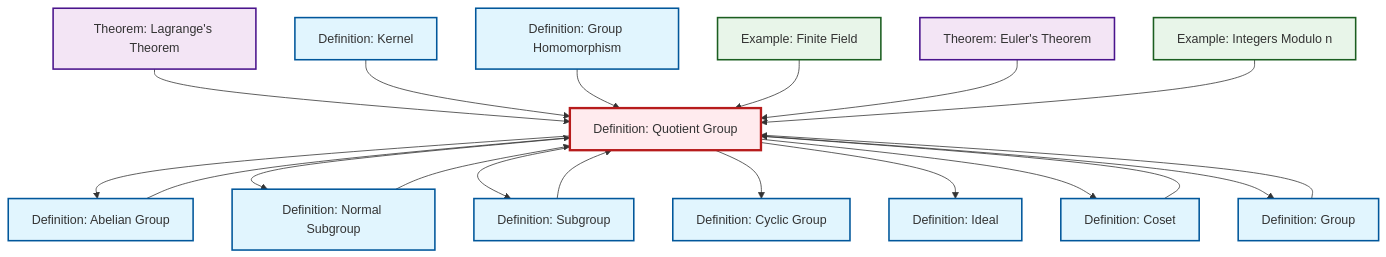
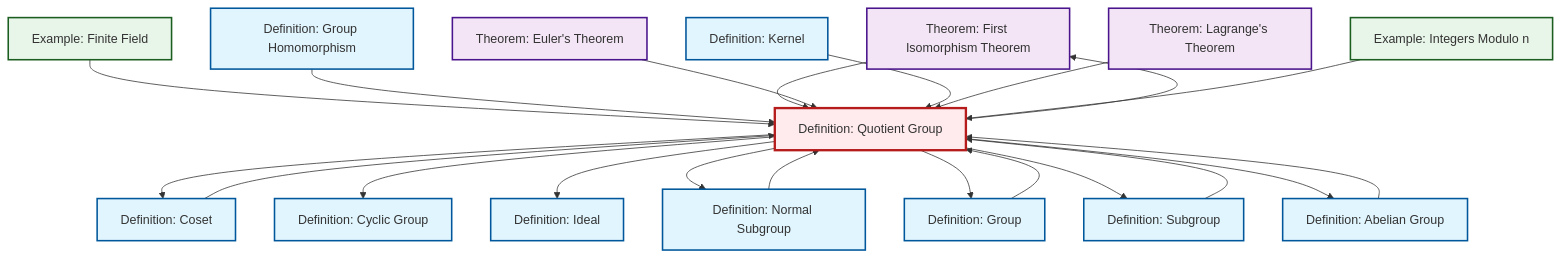
The diagram in content/en/algebra/def-quotient-group.qmd (RK0429/ModernMath), drawn with Mermaid before and after one commit. The commit also changed 615 other files, not shown here.

````diff
--- a/content/en/algebra/def-quotient-group.qmd
+++ b/content/en/algebra/def-quotient-group.qmd
@@ -142,55 +142,59 @@
 ```{mermaid}
 %%| fig-cap: "Local dependency graph"
 graph TD
     classDef definition fill:#e1f5fe,stroke:#01579b,stroke-width:2px
     classDef theorem fill:#f3e5f5,stroke:#4a148c,stroke-width:2px
     classDef axiom fill:#fff3e0,stroke:#e65100,stroke-width:2px
     classDef example fill:#e8f5e9,stroke:#1b5e20,stroke-width:2px
     classDef current fill:#ffebee,stroke:#b71c1c,stroke-width:3px
+    thm-first-isomorphism["Theorem: First Isomorphism Theorem"]:::theorem
+    def-homomorphism["Definition: Group Homomorphism"]:::definition
+    def-kernel["Definition: Kernel"]:::definition
+    def-group["Definition: Group"]:::definition
+    def-subgroup["Definition: Subgroup"]:::definition
+    def-cyclic-group["Definition: Cyclic Group"]:::definition
     def-ideal["Definition: Ideal"]:::definition
     thm-euler["Theorem: Euler's Theorem"]:::theorem
-    def-quotient-group["Definition: Quotient Group"]:::definition
+    thm-lagrange["Theorem: Lagrange's Theorem"]:::theorem
+    def-abelian-group["Definition: Abelian Group"]:::definition
     ex-quotient-integers-mod-n["Example: Integers Modulo n"]:::example
-    def-cyclic-group["Definition: Cyclic Group"]:::definition
-    thm-lagrange["Theorem: Lagrange's Theorem"]:::theorem
-    def-kernel["Definition: Kernel"]:::definition
     def-coset["Definition: Coset"]:::definition
-    def-group["Definition: Group"]:::definition
-    def-homomorphism["Definition: Group Homomorphism"]:::definition
     def-normal-subgroup["Definition: Normal Subgroup"]:::definition
     ex-finite-field["Example: Finite Field"]:::example
-    def-abelian-group["Definition: Abelian Group"]:::definition
-    def-subgroup["Definition: Subgroup"]:::definition
+    def-quotient-group["Definition: Quotient Group"]:::definition
+    ex-finite-field --> def-quotient-group
+    def-group --> def-quotient-group
+    def-homomorphism --> def-quotient-group
+    def-quotient-group --> def-coset
+    def-quotient-group --> def-cyclic-group
+    thm-first-isomorphism --> def-quotient-group
+    def-coset --> def-quotient-group
+    thm-euler --> def-quotient-group
+    def-quotient-group --> def-ideal
+    def-abelian-group --> def-quotient-group
+    def-kernel --> def-quotient-group
+    def-quotient-group --> thm-first-isomorphism
     def-subgroup --> def-quotient-group
+    def-quotient-group --> def-normal-subgroup
     thm-lagrange --> def-quotient-group
-    def-coset --> def-quotient-group
-    def-kernel --> def-quotient-group
-    def-homomorphism --> def-quotient-group
+    ex-quotient-integers-mod-n --> def-quotient-group
+    def-quotient-group --> def-group
+    def-quotient-group --> def-subgroup
+    def-normal-subgroup --> def-quotient-group
     def-quotient-group --> def-abelian-group
-    ex-finite-field --> def-quotient-group
-    def-quotient-group --> def-normal-subgroup
-    def-normal-subgroup --> def-quotient-group
-    def-group --> def-quotient-group
-    thm-euler --> def-quotient-group
-    def-quotient-group --> def-subgroup
-    ex-quotient-integers-mod-n --> def-quotient-group
-    def-quotient-group --> def-cyclic-group
-    def-abelian-group --> def-quotient-group
-    def-quotient-group --> def-ideal
-    def-quotient-group --> def-coset
-    def-quotient-group --> def-group
     class def-quotient-group current
+    click thm-first-isomorphism "thm-first-isomorphism.html" "Go to First Isomorphism Theorem theorem"
+    click def-homomorphism "def-homomorphism.html" "Go to Group Homomorphism definition"
+    click def-kernel "def-kernel.html" "Go to Kernel definition"
+    click def-group "def-group.html" "Go to Group definition"
+    click def-subgroup "def-subgroup.html" "Go to Subgroup definition"
+    click def-cyclic-group "def-cyclic-group.html" "Go to Cyclic Group definition"
     click def-ideal "def-ideal.html" "Go to Ideal definition"
     click thm-euler "thm-euler.html" "Go to Euler's Theorem theorem"
+    click thm-lagrange "thm-lagrange.html" "Go to Lagrange's Theorem theorem"
+    click def-abelian-group "def-abelian-group.html" "Go to Abelian Group definition"
     click ex-quotient-integers-mod-n "ex-quotient-integers-mod-n.html" "Go to Integers Modulo n example"
-    click def-cyclic-group "def-cyclic-group.html" "Go to Cyclic Group definition"
-    click thm-lagrange "thm-lagrange.html" "Go to Lagrange's Theorem theorem"
-    click def-kernel "def-kernel.html" "Go to Kernel definition"
     click def-coset "def-coset.html" "Go to Coset definition"
-    click def-group "def-group.html" "Go to Group definition"
-    click def-homomorphism "def-homomorphism.html" "Go to Group Homomorphism definition"
     click def-normal-subgroup "def-normal-subgroup.html" "Go to Normal Subgroup definition"
     click ex-finite-field "ex-finite-field.html" "Go to Finite Field example"
-    click def-abelian-group "def-abelian-group.html" "Go to Abelian Group definition"
-    click def-subgroup "def-subgroup.html" "Go to Subgroup definition"
 ```
````
